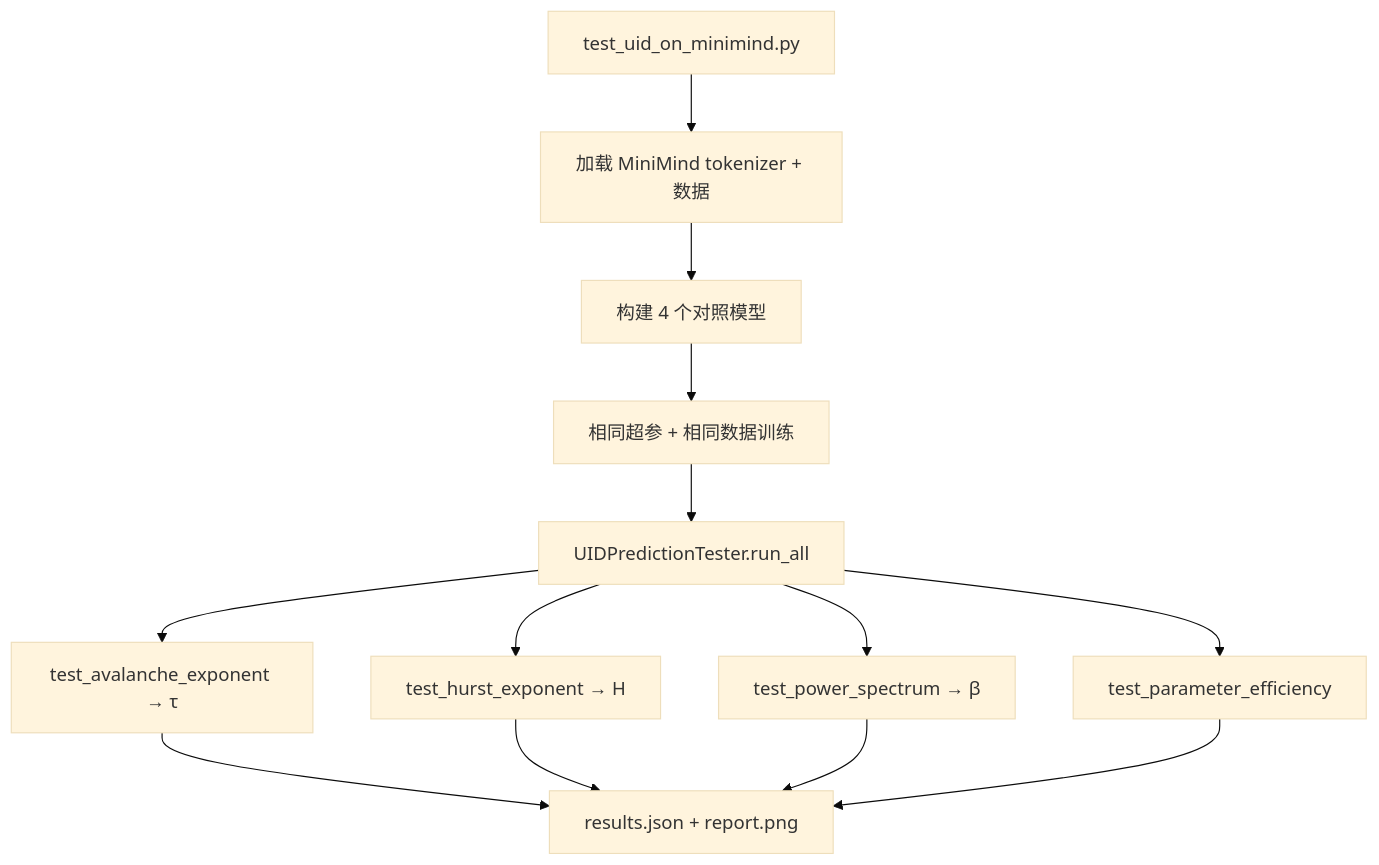
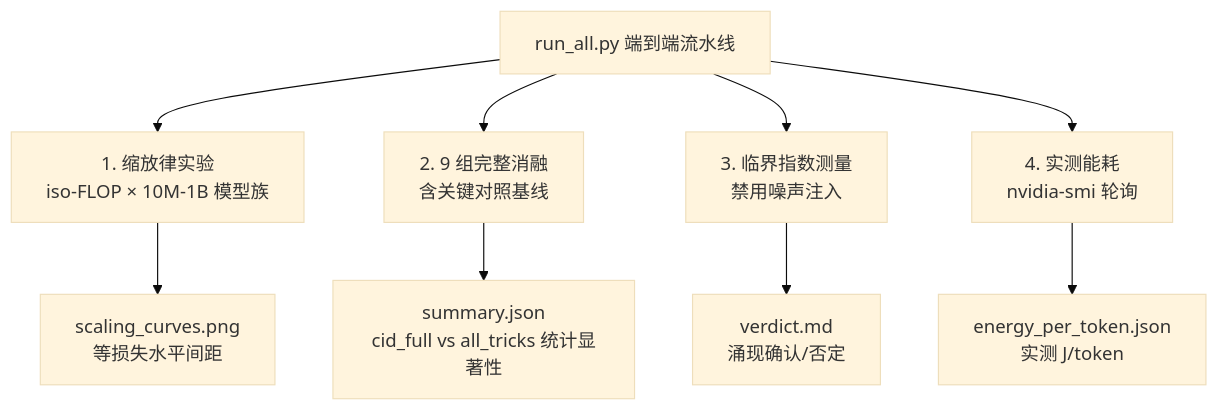
The diagram in README.md (gwailee/uid), drawn with Mermaid (base theme) before and after one commit. The commit also changed other lines of this file and 3 other files, not shown here.

````diff
--- a/README.md
+++ b/README.md
@@ -205,17 +265,12 @@
 ```mermaid
 flowchart TD
-    A["test_uid_on_minimind.py"] --> B["加载 MiniMind tokenizer + 数据"]
-    B --> C["构建 4 个对照模型"]
-    C --> D["相同超参 + 相同数据训练"]
-    D --> E["UIDPredictionTester.run_all"]
+    A["run_all.py 端到端流水线"] --> B["1. 缩放律实验<br/>iso-FLOP × 10M-1B 模型族"]
+    A --> C["2. 9 组完整消融<br/>含关键对照基线"]
+    A --> D["3. 临界指数测量<br/>禁用噪声注入"]
+    A --> E["4. 实测能耗<br/>nvidia-smi 轮询"]
 
-    E --> F1["test_avalanche_exponent → τ"]
-    E --> F2["test_hurst_exponent → H"]
-    E --> F3["test_power_spectrum → β"]
-    E --> F4["test_parameter_efficiency"]
-
-    F1 --> G["results.json + report.png"]
-    F2 --> G
-    F3 --> G
-    F4 --> G
+    B --> F["scaling_curves.png<br/>等损失水平间距"]
+    C --> G["summary.json<br/>cid_full vs all_tricks 统计显著性"]
+    D --> H["verdict.md<br/>涌现确认/否定"]
+    E --> I["energy_per_token.json<br/>实测 J/token"]
 ```
````
